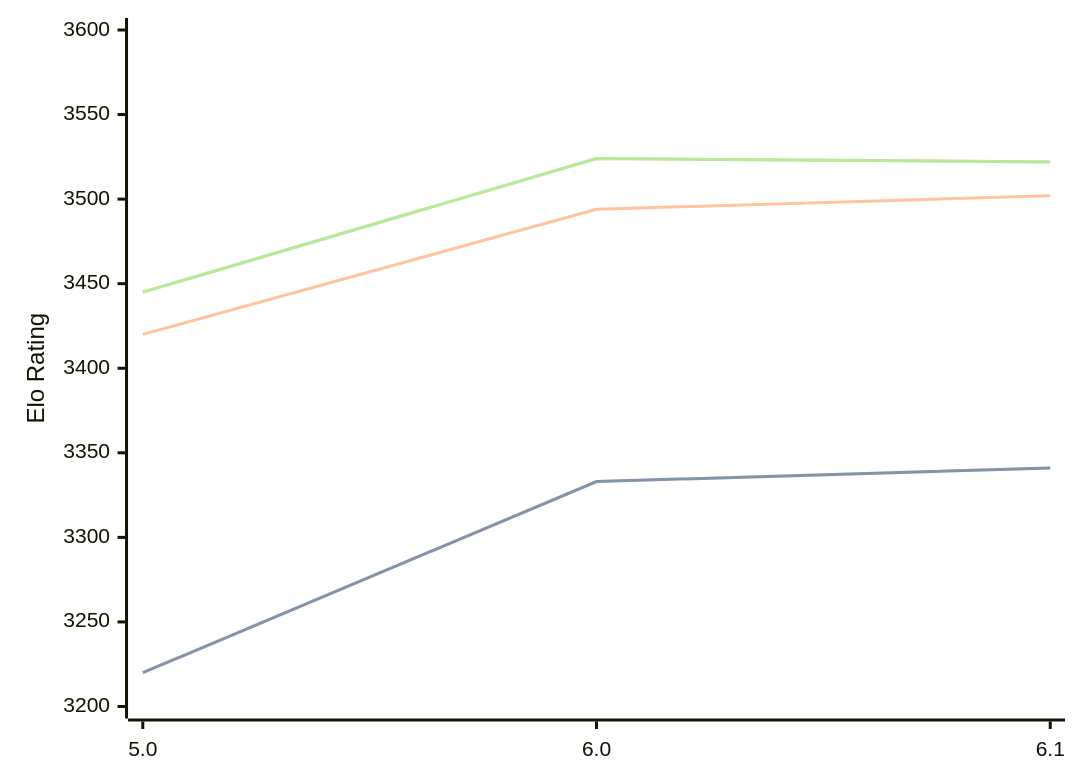
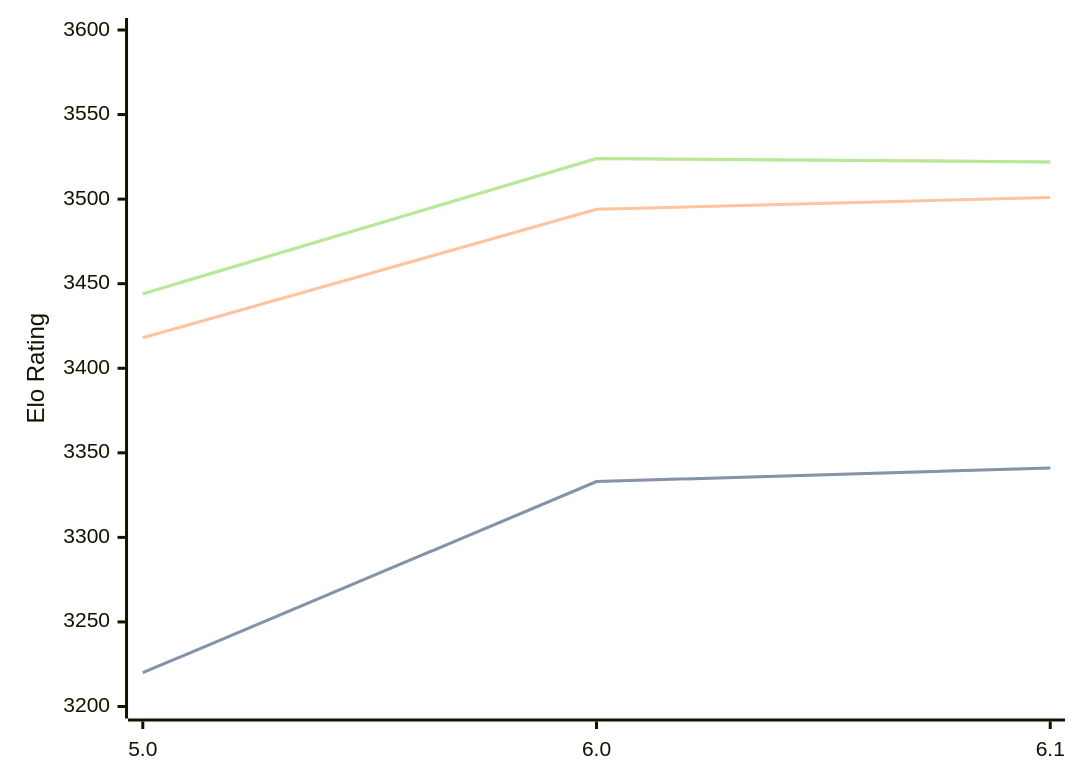
Before and after one commit to computer-chess-index/cci: the diagram in engines/Starzix.md, drawn with Mermaid. The commit also changed other lines of this file, not shown here.

Commit message:
Update CCI Ratings (ELO VLTC) - 2026-10-01

````diff
--- a/engines/Starzix.md
+++ b/engines/Starzix.md
@@ -33,11 +33,11 @@
 ```mermaid
 %%{init: {"theme":"base","themeVariables":{"seriesColors:['#a3a3a3','#222221','#faa371']}}}%%
 xychart-beta
   x-axis ["5.0", "6.0", "6.1"]
   y-axis "Elo Rating" 3200 --> 3600
   line "" [3220, 3333, 3341]
   line "STC (8.0+0.08s)" [3220, 3333, 3341]
-  line "LTC (60.0+0.60s)" [3420, 3494, 3502]
-  line "" [3445, 3524, 3522]
-  line "VLTC (2m24s+1.12s)" [3445, 3524, 3522]
+  line "LTC (60.0+0.60s)" [3418, 3494, 3501]
+  line "" [3444, 3524, 3522]
+  line "VLTC (2m24s+1.12s)" [3444, 3524, 3522]
 ```
````
